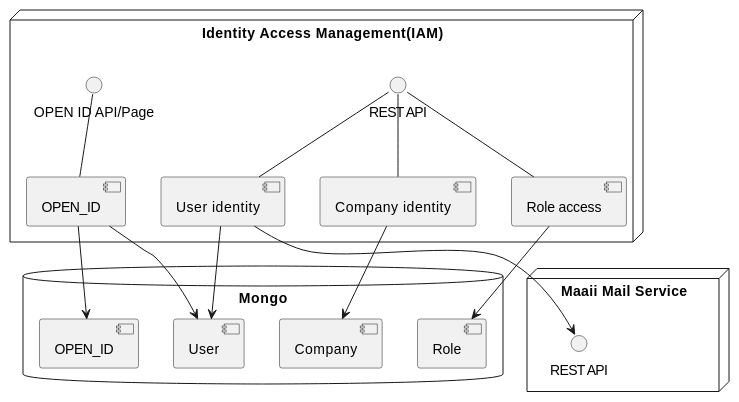
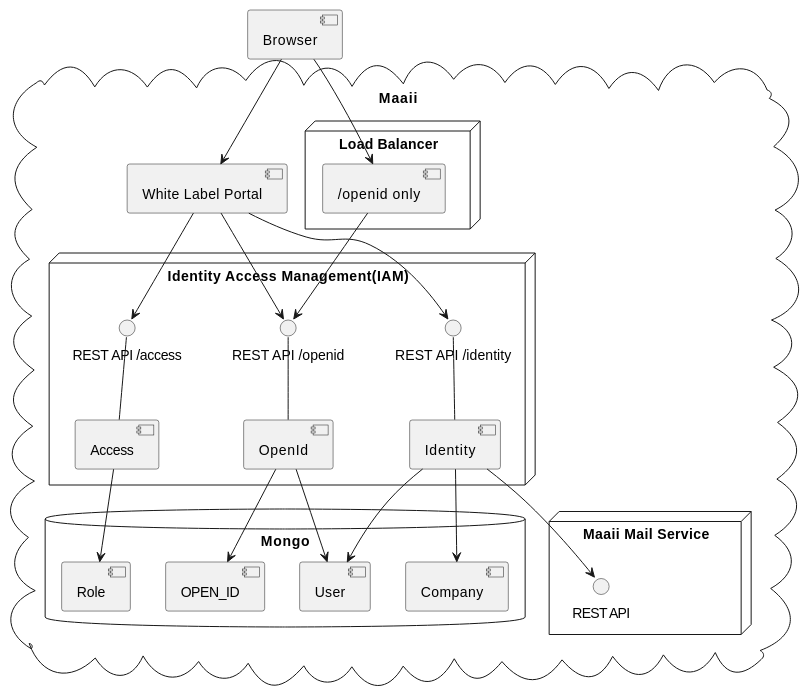
The diagram in README.md (hhhuangqiong/IAM), drawn with PlantUML before and after one commit. The commit also changed other lines of this file and 1 other file, not shown here.

Commit message:
Protect resource endpoints from external access
After considering different options. The best solution atm to protect resource endpoints of IAM is to restrict access from external. It will be done by the load balancer, only access to endpoint /openid would be allowed.

Jira: WLP-1014

```diff
--- a/README.md
+++ b/README.md
@@ -14,30 +15,49 @@
 {% plantuml %}
-node "Identity Access Management(IAM)" {
-  interface "REST API" as IAM_REST
-  IAM_REST -- [Company identity]
-  IAM_REST -- [User identity]
-  IAM_REST -- [Role access]
-  interface "OPEN ID API/Page" as IAM_OPENID
-  IAM_OPENID -- [OPEN_ID]
+
+component Browser
+
+cloud "Maaii" {
+
+  node "Load Balancer" {
+    interface [/openid only] as public_gateway
+  }
+
+  node "Identity Access Management(IAM)" {
+    interface "REST API /identity" as IAM_API_IDENTITY
+    IAM_API_IDENTITY -- [Identity]
+    interface "REST API /access" as IAM_API_ACCESS
+    IAM_API_ACCESS -- [Access]
+    interface "REST API /openid" as IAM_OPENID
+    IAM_OPENID -- [OpenId]
+  }
+
+  component "White Label Portal" as WLP
+  WLP --> IAM_API_IDENTITY
+  WLP --> IAM_OPENID
+  WLP --> IAM_API_ACCESS
+  Browser --> public_gateway
+  Browser --> WLP
+  public_gateway --> IAM_OPENID
+
+  database "Mongo" {
+    [Company] as table_company
+    [User] as table_user
+    [Role] as table_role
+    [OPEN_ID] as table_openid
+  }
+
+  [Identity] --> [table_company]
+  [Identity] --> [table_user]
+  [Access] --> [table_role]
+  [OpenId] --> [table_openid]
+  [OpenId] --> [table_user]
+
+  node "Maaii Mail Service" {
+    interface "REST API" as MAIL_REST
+  }
+
+  [Identity] --> MAIL_REST
+
 }
 
-database "Mongo" {
-  [Company] as table_company
-  [User] as table_user
-  [Role] as table_role
-  [OPEN_ID] as table_openid
-}
-
-[Company identity] --> [table_company]
-[User identity] --> [table_user]
-[Role access] --> [table_role]
-[OPEN_ID] --> [table_openid]
-[OPEN_ID] --> [table_user]
-
-node "Maaii Mail Service" {
-  interface "REST API" as MAIL_REST
-}
-
-[User identity] --> MAIL_REST
-
 {% endplantuml %}
```
